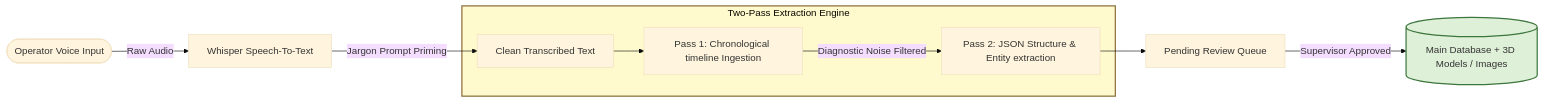
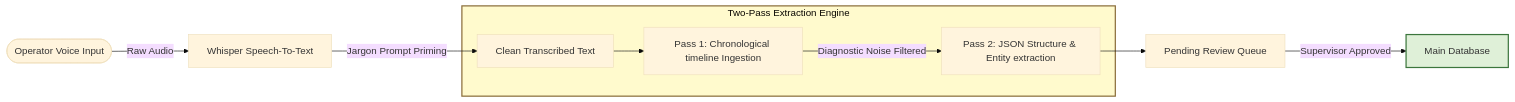
Before and after one commit to MatteoDM04/DP_presentation: the second of 6 diagrams in README.md, drawn with Mermaid (base theme).

````diff
--- a/README.md
+++ b/README.md
@@ -103,16 +103,16 @@
 ```mermaid
 flowchart LR
     A([Operator Voice Input]) -->|Raw Audio| B[Whisper Speech-To-Text]
     B -->|Jargon Prompt Priming| C[Clean Transcribed Text]
     
     subgraph Two_Pass["Two-Pass Extraction Engine"]
         C --> D[Pass 1: Chronological timeline Ingestion]
         D -->|Diagnostic Noise Filtered| E[Pass 2: JSON Structure & Entity extraction]
     end
     
     E --> F[Pending Review Queue]
-    F -->|Supervisor Approved| G[(Main Database + 3D Models / Images)]
+    F -->|Supervisor Approved| G[Main Database ]
     
     style Two_Pass fill:#fffacd,stroke:#8a6d3b,stroke-width:2px
     style G fill:#dff0d8,stroke:#3c763d,stroke-width:2px
 ```
````
